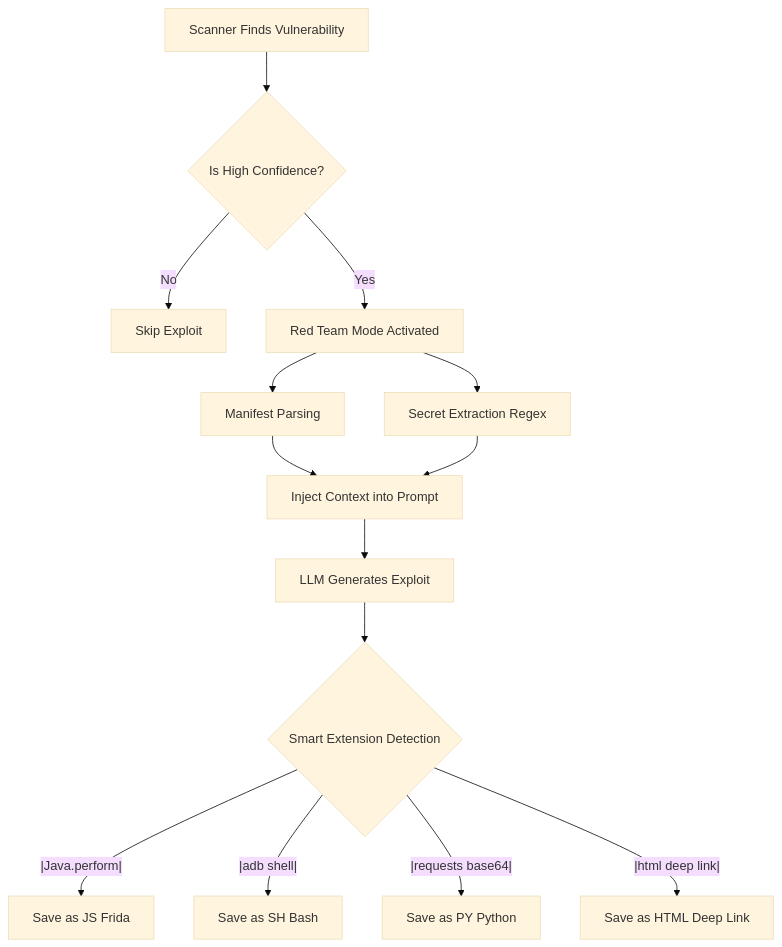
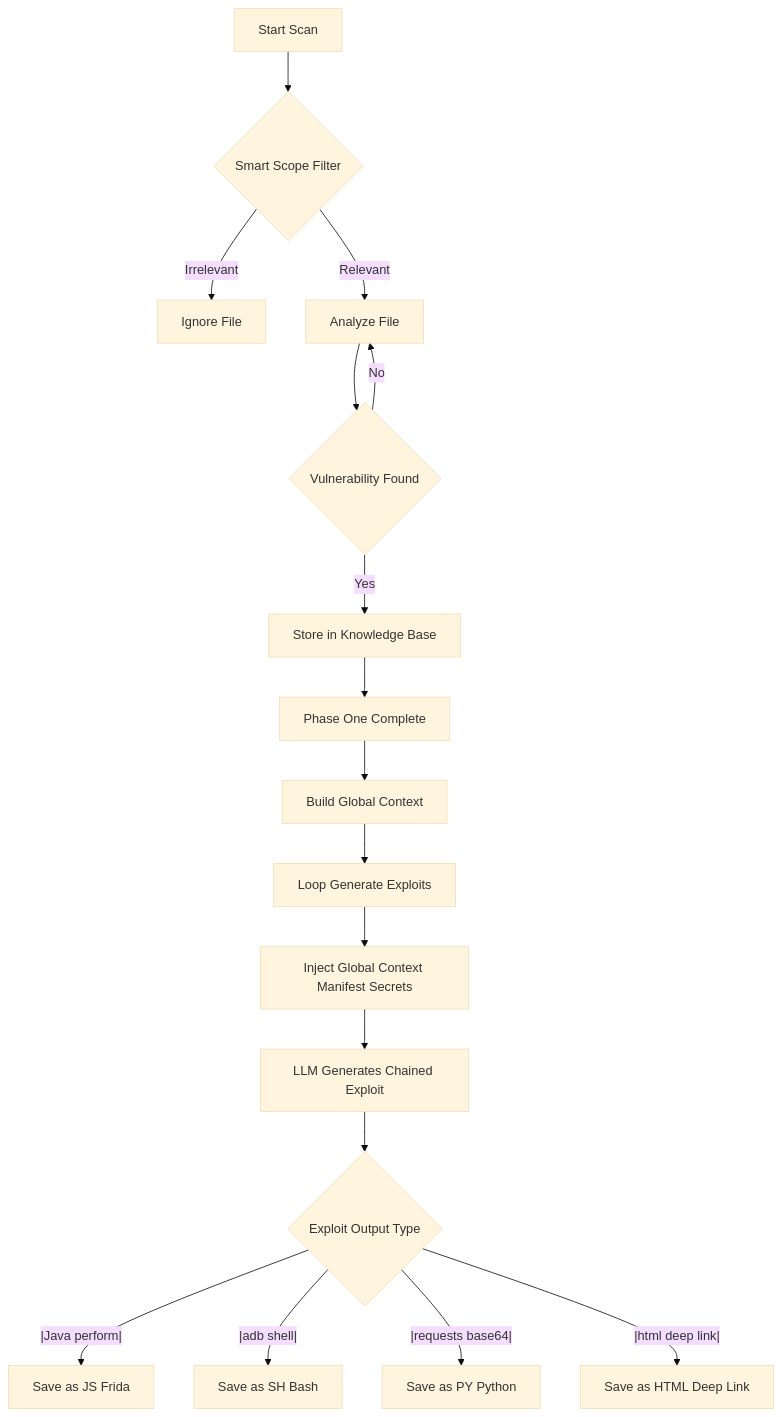
The diagram in EXPLOIT_GENERATOR.md (mubtakir-lazuardi/droid-llm-hunter), drawn with Mermaid (base theme) before and after one commit. The commit also changed other lines of this file and 5 other files, not shown here.

````diff
--- a/EXPLOIT_GENERATOR.md
+++ b/EXPLOIT_GENERATOR.md
@@ -52,16 +61,24 @@
 ```mermaid
 graph TD;
-    A[Scanner Finds Vulnerability] --> B{Is High Confidence?};
-    B -- No --> Z[Skip Exploit];
-    B -- Yes --> C[Red Team Mode Activated];
-    C --> D[Manifest Parsing];
-    C --> E[Secret Extraction Regex];
-    D --> F[Inject Context into Prompt];
-    E --> F;
-    F --> G[LLM Generates Exploit];
-    G --> H{Smart Extension Detection};
-    H --|Java.perform|--> I[Save as JS Frida];
-    H --|adb shell|--> J[Save as SH Bash];
-    H --|requests base64|--> K[Save as PY Python];
-    H --|html deep link|--> L[Save as HTML Deep Link];
+    A[Start Scan] --> B{Smart Scope Filter};
+    B -- Irrelevant --> Z[Ignore File];
+    B -- Relevant --> C[Analyze File];
+
+    C --> D{Vulnerability Found};
+    D -- No --> C;
+    D -- Yes --> E[Store in Knowledge Base];
+
+    E --> F[Phase One Complete];
+    F --> G[Build Global Context];
+    G --> H[Loop Generate Exploits];
+
+    H --> I[Inject Global Context Manifest Secrets];
+    I --> J[LLM Generates Chained Exploit];
+
+    J --> K{Exploit Output Type};
+
+    K --|Java perform|--> L[Save as JS Frida];
+    K --|adb shell|--> M[Save as SH Bash];
+    K --|requests base64|--> N[Save as PY Python];
+    K --|html deep link|--> O[Save as HTML Deep Link];
 ```
````
